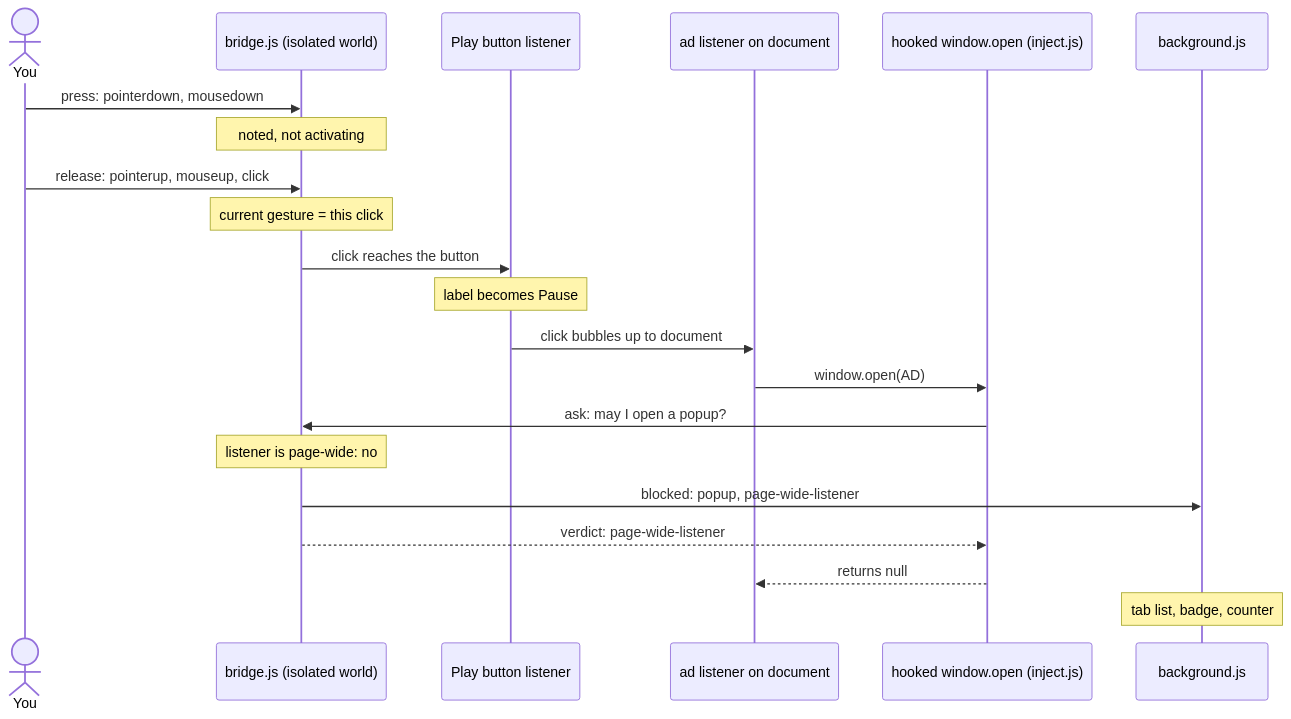
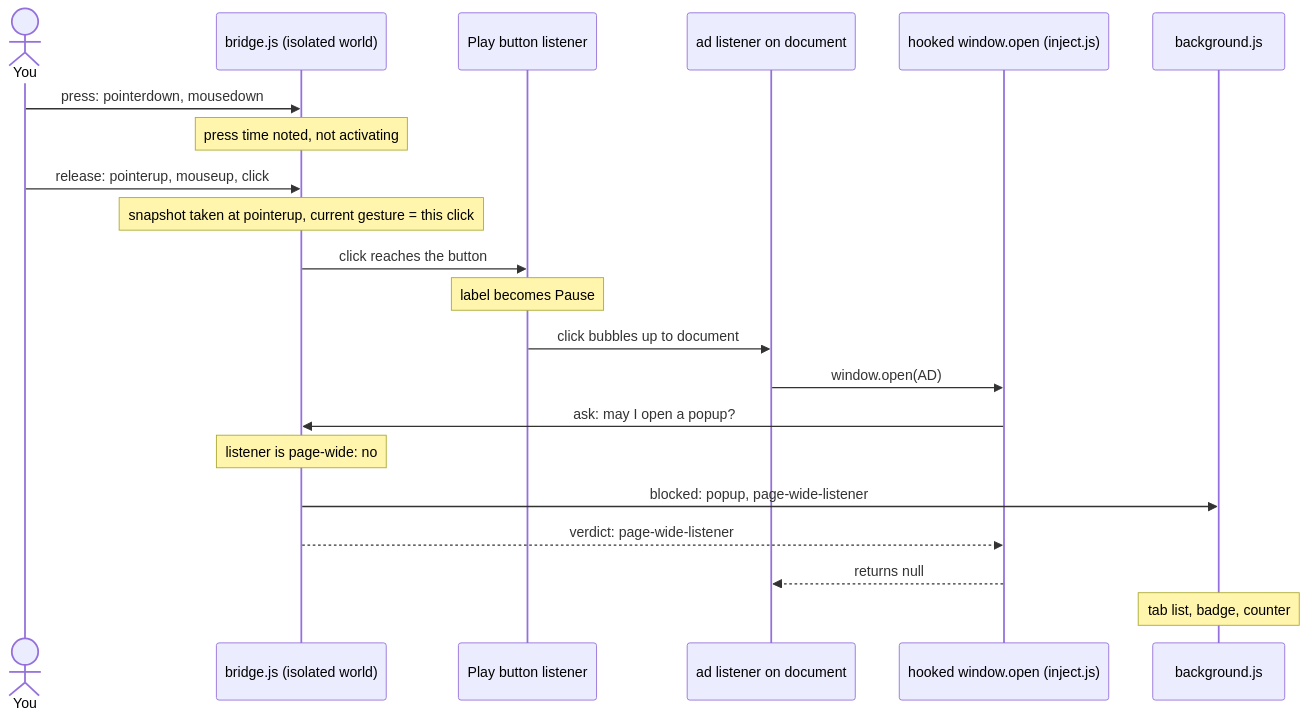
One commit to madironman/popshield changed the first of 3 diagrams in docs/learn/03-popshield.md. Above: the diagram before and after it, drawn with Mermaid. The commit also changed other lines of this file and 23 other files, not shown here.

````diff
--- a/docs/learn/03-popshield.md
+++ b/docs/learn/03-popshield.md
@@ -140,24 +154,24 @@
 ```mermaid
 sequenceDiagram
     actor U as You
     participant BR as bridge.js (isolated world)
     participant BTN as Play button listener
     participant DOC as ad listener on document
     participant HK as hooked window.open (inject.js)
     participant SW as background.js
 
     U->>BR: press: pointerdown, mousedown
-    Note over BR: noted, not activating
+    Note over BR: press time noted, not activating
     U->>BR: release: pointerup, mouseup, click
-    Note over BR: current gesture = this click
+    Note over BR: snapshot taken at pointerup, current gesture = this click
     BR->>BTN: click reaches the button
     Note over BTN: label becomes Pause
     BTN->>DOC: click bubbles up to document
     DOC->>HK: window.open(AD)
     HK->>BR: ask: may I open a popup?
     Note over BR: listener is page-wide: no
     BR->>SW: blocked: popup, page-wide-listener
     BR-->>HK: verdict: page-wide-listener
     HK-->>DOC: returns null
     Note over SW: tab list, badge, counter
 ```
````
